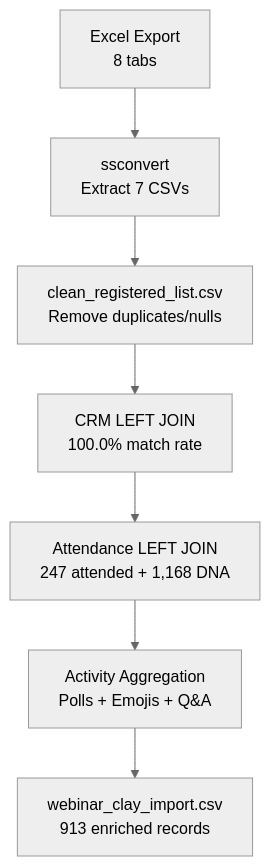
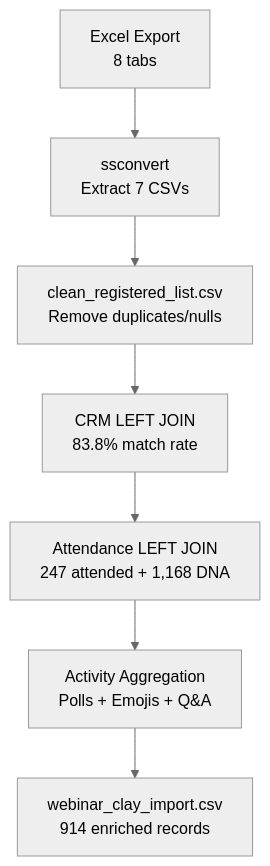
The first of 3 diagrams in README.md (frankterpo/clay_gtm), drawn with Mermaid (neutral theme) before and after one commit. The commit also changed other lines of this file and 1 other file, not shown here.

First line of the commit message:
🔗 FIX LINKEDIN CLEANING LOGIC - Preserve complete URLs for Clay enrichment

````diff
--- a/README.md
+++ b/README.md
@@ -19,9 +19,9 @@
 ```mermaid
 flowchart TD
     A[Excel Export<br/>8 tabs] --> B[ssconvert<br/>Extract 7 CSVs]
     B --> C[clean_registered_list.csv<br/>Remove duplicates/nulls]
-    C --> D[CRM LEFT JOIN<br/>100.0% match rate]
+    C --> D[CRM LEFT JOIN<br/>83.8% match rate]
     D --> E[Attendance LEFT JOIN<br/>247 attended + 1,168 DNA]
     E --> F[Activity Aggregation<br/>Polls + Emojis + Q&A]
-    F --> G[webinar_clay_import.csv<br/>913 enriched records]
+    F --> G[webinar_clay_import.csv<br/>914 enriched records]
 ```
````
